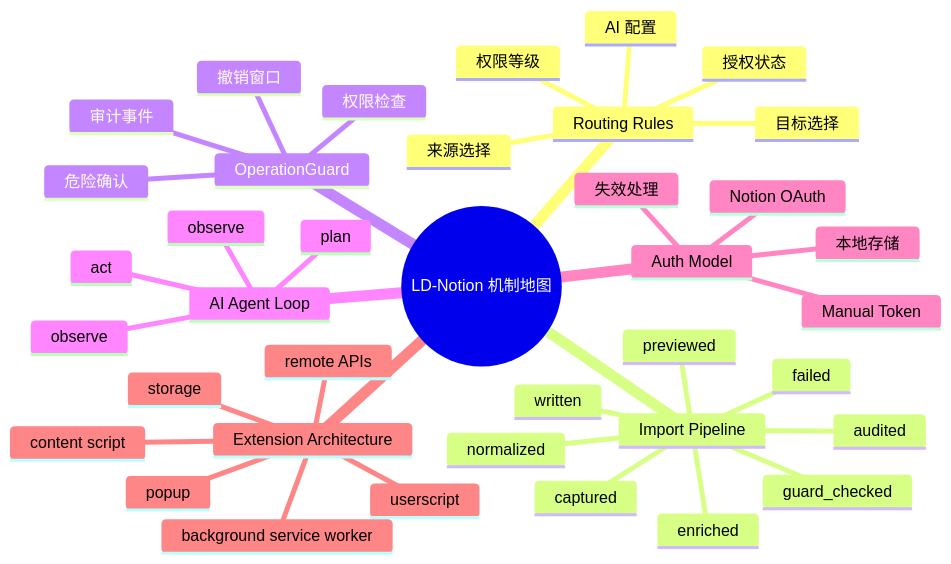
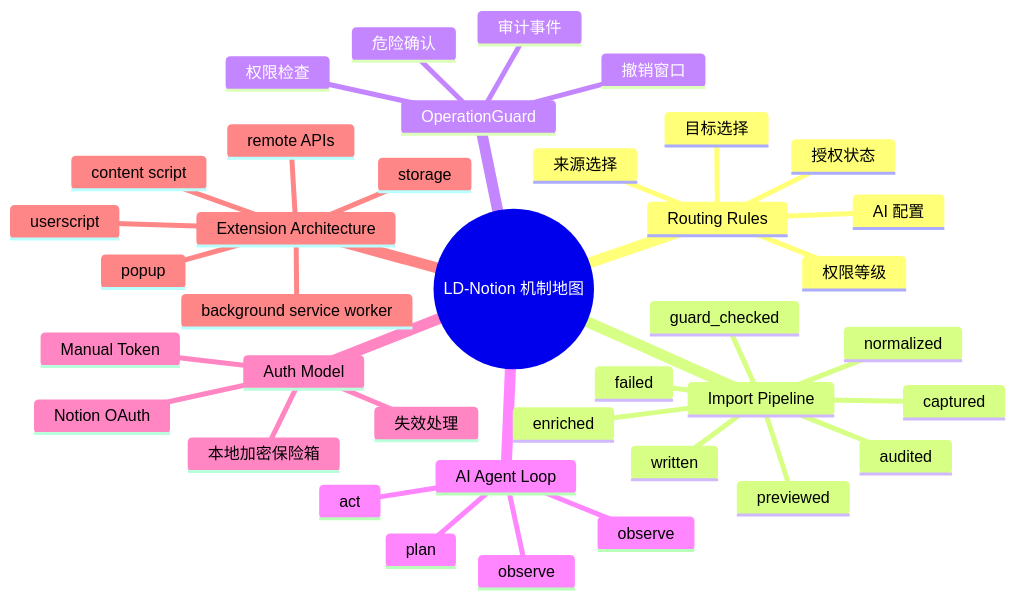
Before and after one commit to Smith-106/LD-Notion: the diagram in docs/concepts/index.md, drawn with Mermaid. The commit also changed other lines of this file and 12 other files, not shown here.

````diff
--- a/docs/concepts/index.md
+++ b/docs/concepts/index.md
@@ -7,41 +7,41 @@
 ```mermaid
 mindmap
   root((LD-Notion 机制地图))
     Routing Rules
       来源选择
       目标选择
       授权状态
       AI 配置
       权限等级
     Import Pipeline
       captured
       normalized
       guard_checked
       enriched
       previewed
       written
       audited
       failed
     OperationGuard
       权限检查
       危险确认
       审计事件
       撤销窗口
     AI Agent Loop
       observe
       plan
       act
       observe
     Auth Model
       Notion OAuth
       Manual Token
-      本地存储
+      本地加密保险箱
       失效处理
     Extension Architecture
       userscript
       content script
       background service worker
       popup
       storage
       remote APIs
 ```
````
